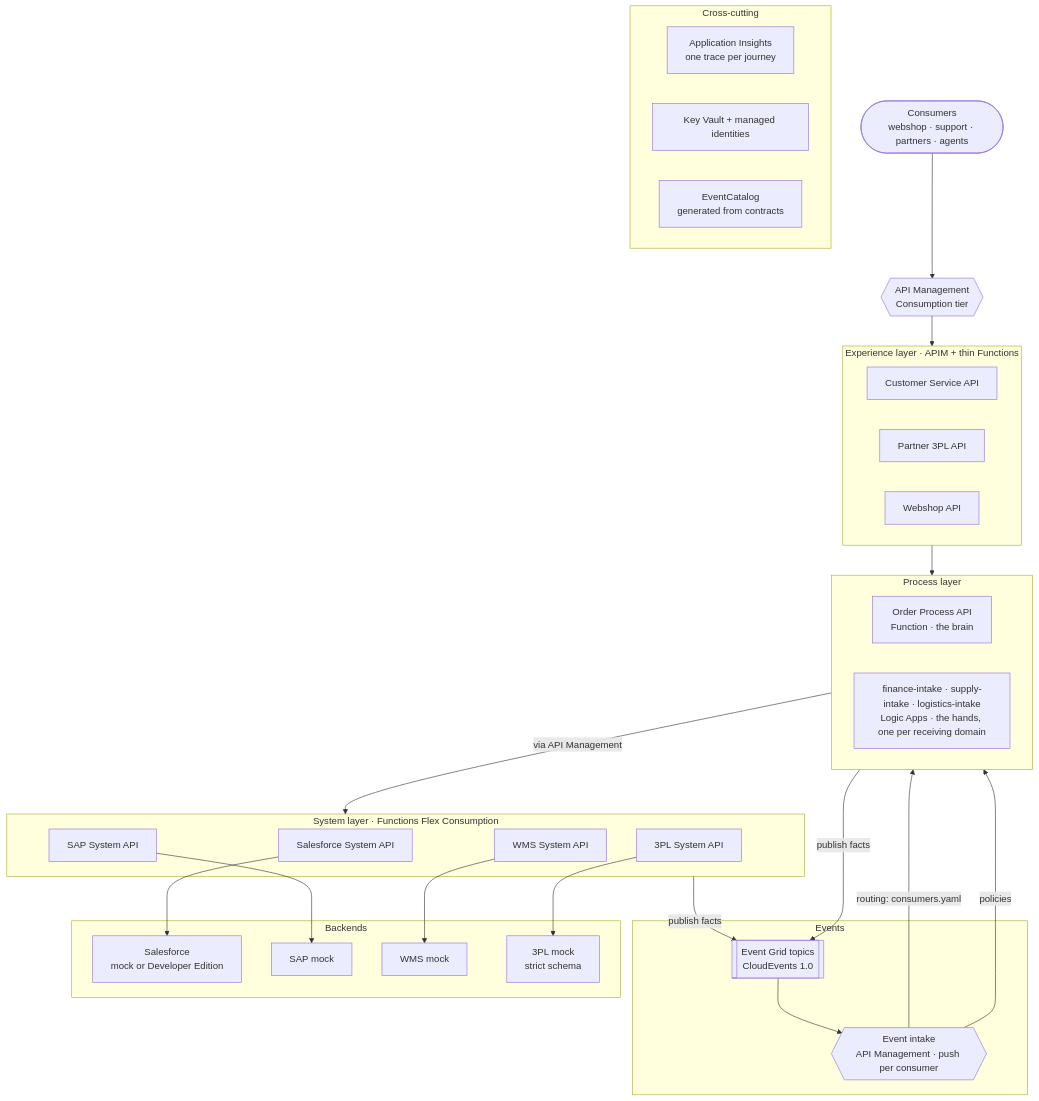
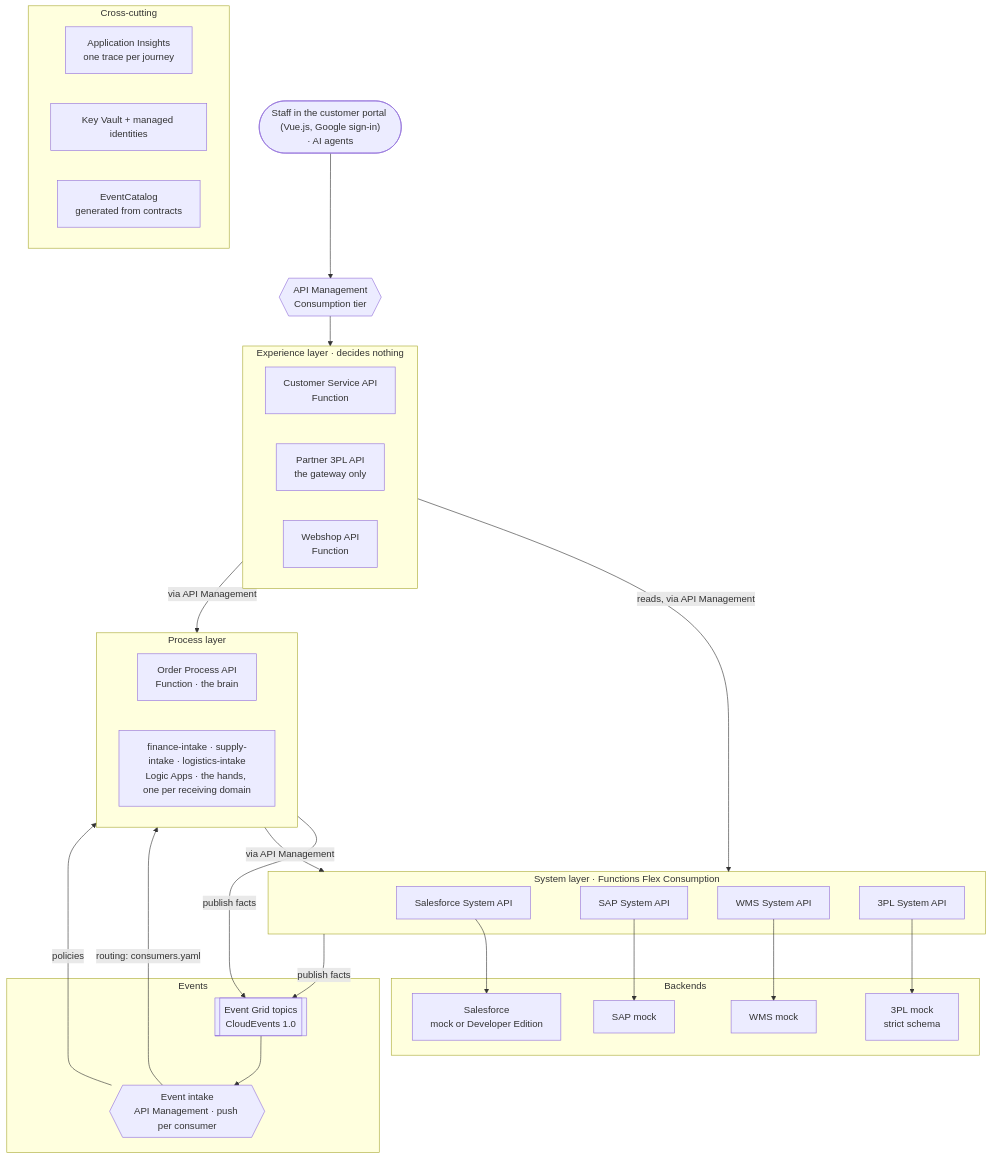
Before and after one commit to azure-intelligence-domain/ai-intelligence-domain: the first of 2 diagrams in README.md, drawn with Mermaid. The commit also changed other lines of this file and 7 other files, not shown here.

First line of the commit message:
Step 7: the experience layer, the customer portal, cancellation everywhere

````diff
--- a/README.md
+++ b/README.md
@@ -85,54 +89,55 @@
 ```mermaid
 flowchart TB
-    consumers(["Consumers<br/>webshop · support · partners · agents"])
+    consumers(["Staff in the customer portal (Vue.js, Google sign-in)<br/>· AI agents"])
     apim{{"API Management<br/>Consumption tier"}}
 
-    subgraph experience["Experience layer · APIM + thin Functions"]
+    subgraph experience["Experience layer · decides nothing"]
         direction LR
-        exp_cs["Customer Service API"]
-        exp_partner["Partner 3PL API"]
-        exp_web["Webshop API"]
+        exp_cs["Customer Service API<br/>Function"]
+        exp_partner["Partner 3PL API<br/>the gateway only"]
+        exp_web["Webshop API<br/>Function"]
     end
 
     subgraph process["Process layer"]
         direction LR
         proc_order["Order Process API<br/>Function · the brain"]
         flows["finance-intake · supply-intake · logistics-intake<br/>Logic Apps · the hands, one per receiving domain"]
     end
 
     subgraph events["Events"]
         eg[["Event Grid topics<br/>CloudEvents 1.0"]]
         sbq{{"Event intake<br/>API Management · push per consumer"}}
     end
 
     subgraph system["System layer · Functions Flex Consumption"]
         sys_sf["Salesforce System API"]
         sys_sap["SAP System API"]
         sys_wms["WMS System API"]
         sys_3pl["3PL System API"]
     end
 
     subgraph backends["Backends"]
         sf["Salesforce<br/>mock or Developer Edition"]
         sap["SAP mock"]
         wms["WMS mock"]
         tpl["3PL mock<br/>strict schema"]
     end
 
     subgraph shared["Cross-cutting"]
         appi["Application Insights<br/>one trace per journey"]
         kv["Key Vault + managed identities"]
         catalog["EventCatalog<br/>generated from contracts"]
     end
 
     consumers --> apim --> experience
-    experience --> process
+    experience -- "via API Management" --> process
+    experience -- "reads, via API Management" --> system
     proc_order -- "publish facts" --> eg --> sbq -- "routing: consumers.yaml" --> flows
     sbq -- "policies" --> proc_order
     system -- "publish facts" --> eg
     process -- "via API Management" --> system
     sys_sf --> sf
     sys_sap --> sap
     sys_wms --> wms
     sys_3pl --> tpl
 ```
````
